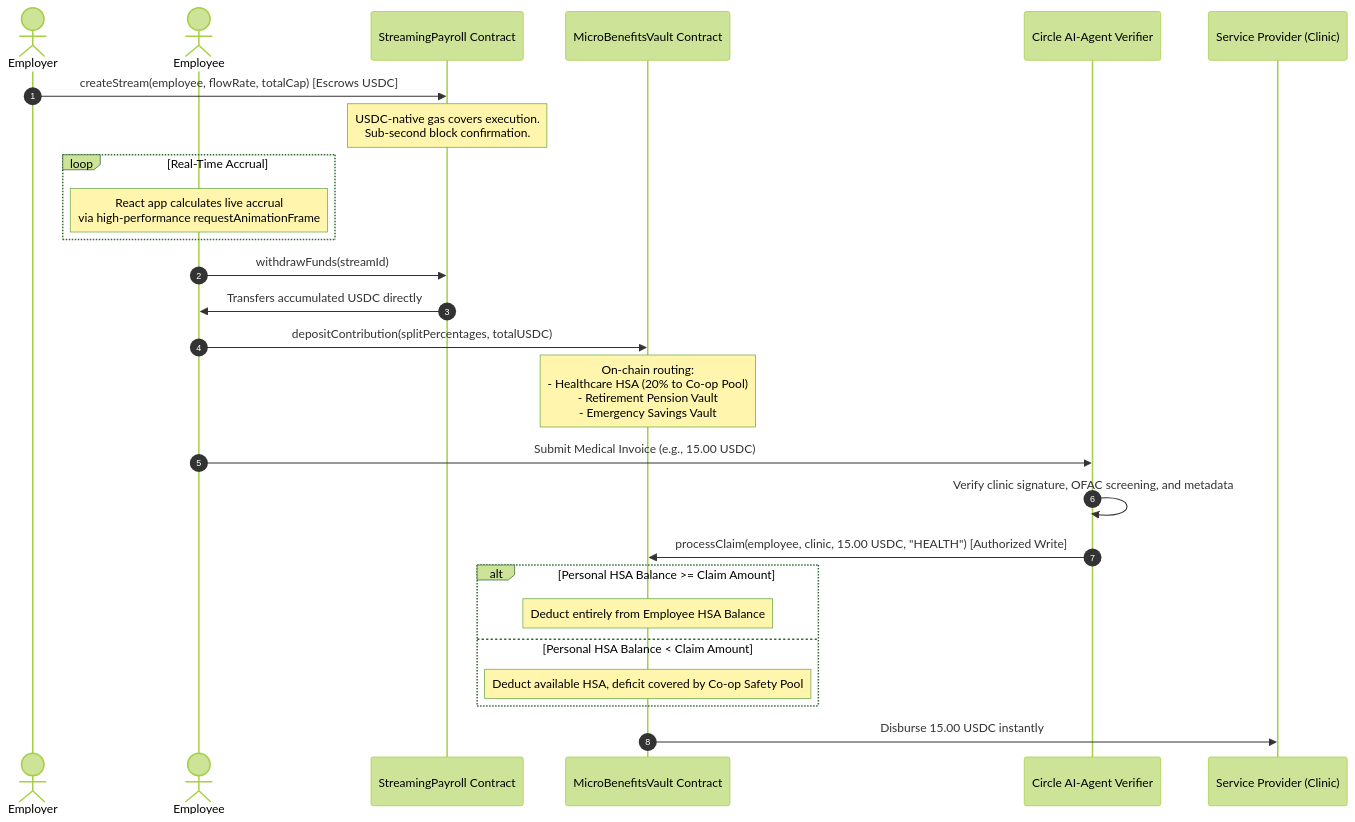
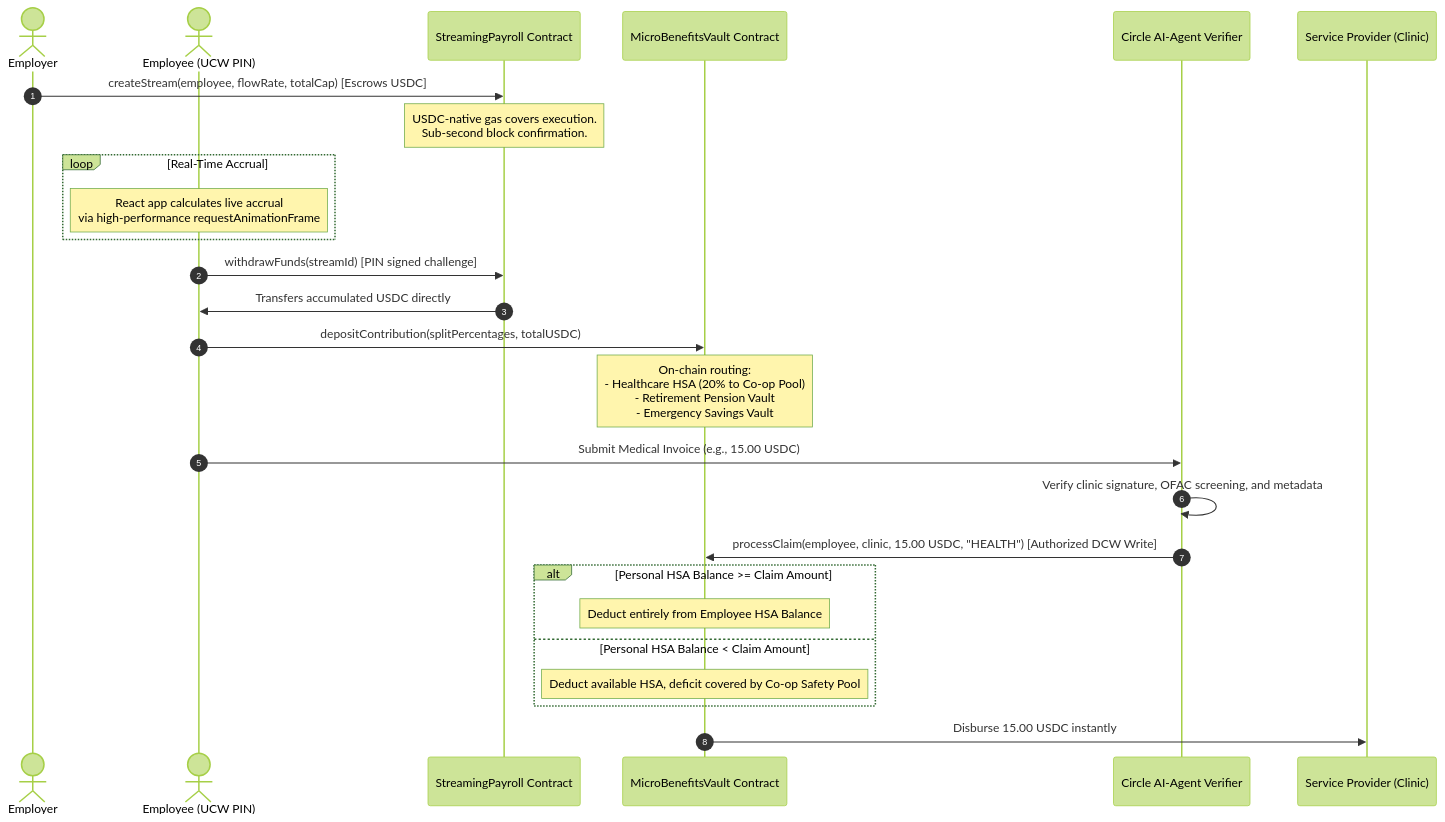
One commit to miamailasol/NexaFlow changed the diagram in README.md. Above: the diagram before and after it, drawn with Mermaid (forest theme). The commit also changed other lines of this file and 3 other files, not shown here.

````diff
--- a/README.md
+++ b/README.md
@@ -14,35 +14,35 @@
 ```mermaid
 sequenceDiagram
     autonumber
     actor Employer
-    actor Employee
+    actor Employee (UCW PIN)
     participant SP as StreamingPayroll Contract
     participant MB as MicroBenefitsVault Contract
     participant Agent as Circle AI-Agent Verifier
     participant Provider as Service Provider (Clinic)
 
     Employer->>SP: createStream(employee, flowRate, totalCap) [Escrows USDC]
     Note over SP: USDC-native gas covers execution.<br/>Sub-second block confirmation.
     
     loop Real-Time Accrual
-        Note over Employee: React app calculates live accrual<br/>via high-performance requestAnimationFrame
+        Note over Employee (UCW PIN): React app calculates live accrual<br/>via high-performance requestAnimationFrame
     end
 
-    Employee->>SP: withdrawFunds(streamId)
-    SP->>Employee: Transfers accumulated USDC directly
+    Employee (UCW PIN)->>SP: withdrawFunds(streamId) [PIN signed challenge]
+    SP->>Employee (UCW PIN): Transfers accumulated USDC directly
     
-    Employee->>MB: depositContribution(splitPercentages, totalUSDC)
+    Employee (UCW PIN)->>MB: depositContribution(splitPercentages, totalUSDC)
     Note over MB: On-chain routing:<br/>- Healthcare HSA (20% to Co-op Pool)<br/>- Retirement Pension Vault<br/>- Emergency Savings Vault
 
-    Employee->>Agent: Submit Medical Invoice (e.g., 15.00 USDC)
+    Employee (UCW PIN)->>Agent: Submit Medical Invoice (e.g., 15.00 USDC)
     Agent->>Agent: Verify clinic signature, OFAC screening, and metadata
-    Agent->>MB: processClaim(employee, clinic, 15.00 USDC, "HEALTH") [Authorized Write]
+    Agent->>MB: processClaim(employee, clinic, 15.00 USDC, "HEALTH") [Authorized DCW Write]
     
     alt Personal HSA Balance >= Claim Amount
         Note over MB: Deduct entirely from Employee HSA Balance
     else Personal HSA Balance < Claim Amount
         Note over MB: Deduct available HSA, deficit covered by Co-op Safety Pool
     end
     
     MB->>Provider: Disburse 15.00 USDC instantly
 ```
````
